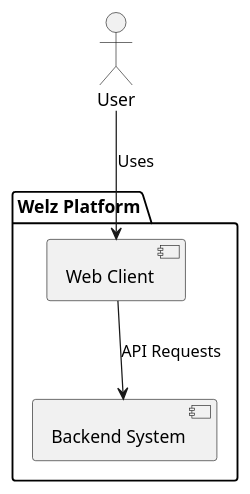
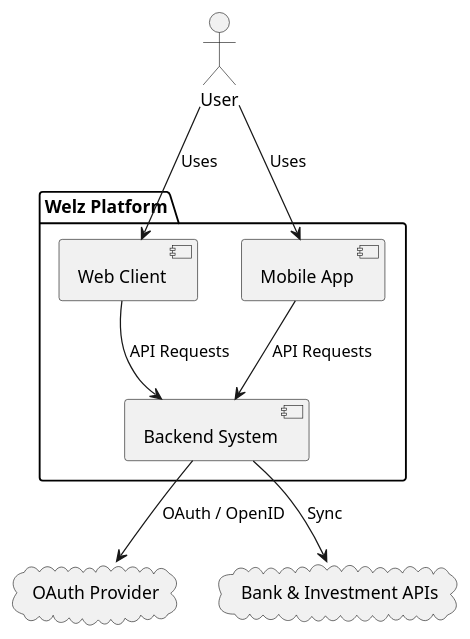
The first of 9 diagrams in docs/architecture.md (Osguima3/welz), drawn with PlantUML before and after one commit. The commit also changed other lines of this file and 6 other files, not shown here.

````diff
--- a/docs/architecture.md
+++ b/docs/architecture.md
@@ -288,13 +342,20 @@
 ```plantuml
 @startuml
 package "Welz Platform" {
     [Web Client]
+    [Mobile App]
     [Backend System]
 }
 
 actor User
+cloud "OAuth Provider"
+cloud "Bank & Investment APIs"
 
 User --> [Web Client] : Uses
+User --> [Mobile App] : Uses
 [Web Client] --> [Backend System] : API Requests
+[Mobile App] --> [Backend System] : API Requests
+[Backend System] --> [OAuth Provider] : OAuth / OpenID
+[Backend System] --> [Bank & Investment APIs] : Sync
 @enduml
 ```
````
